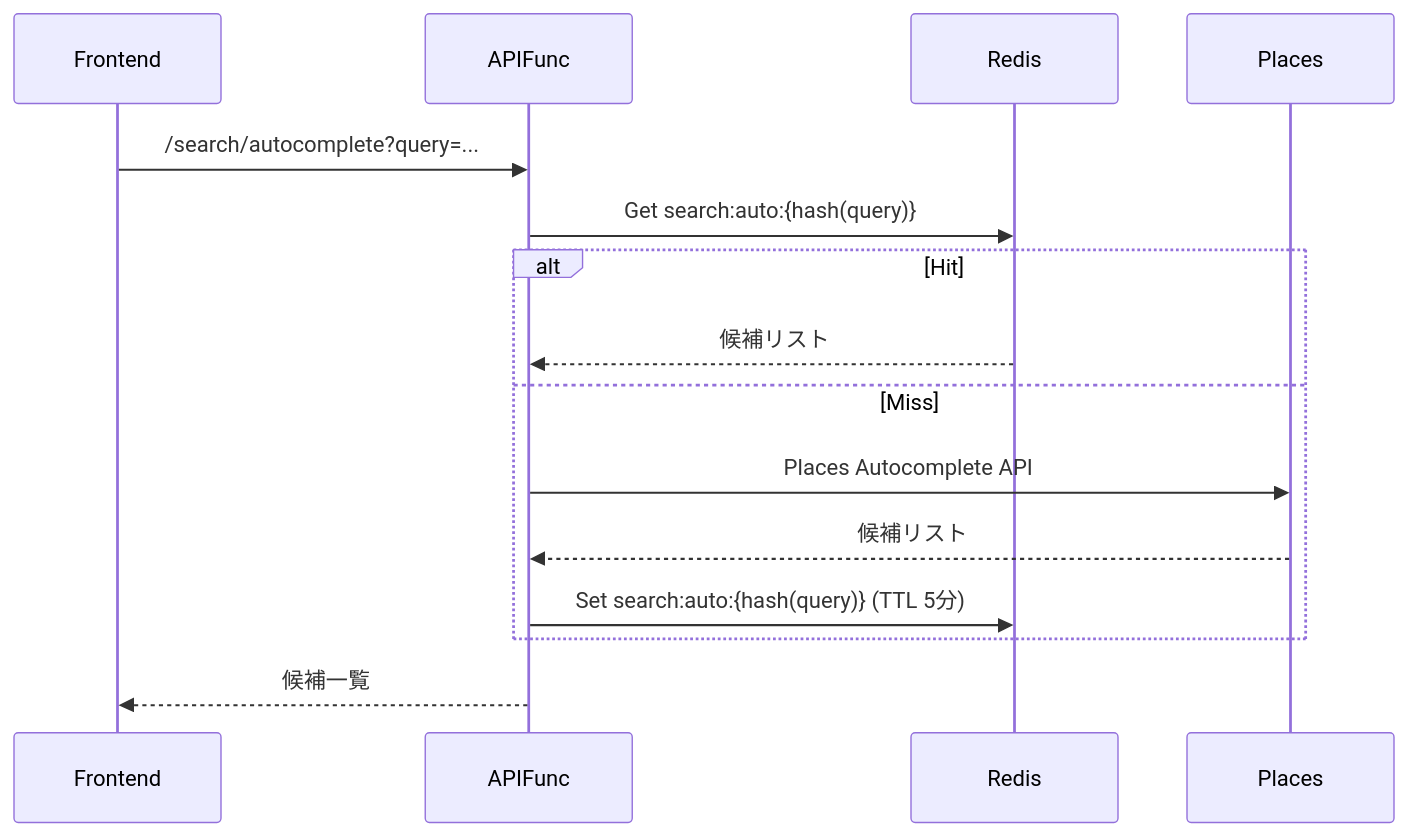
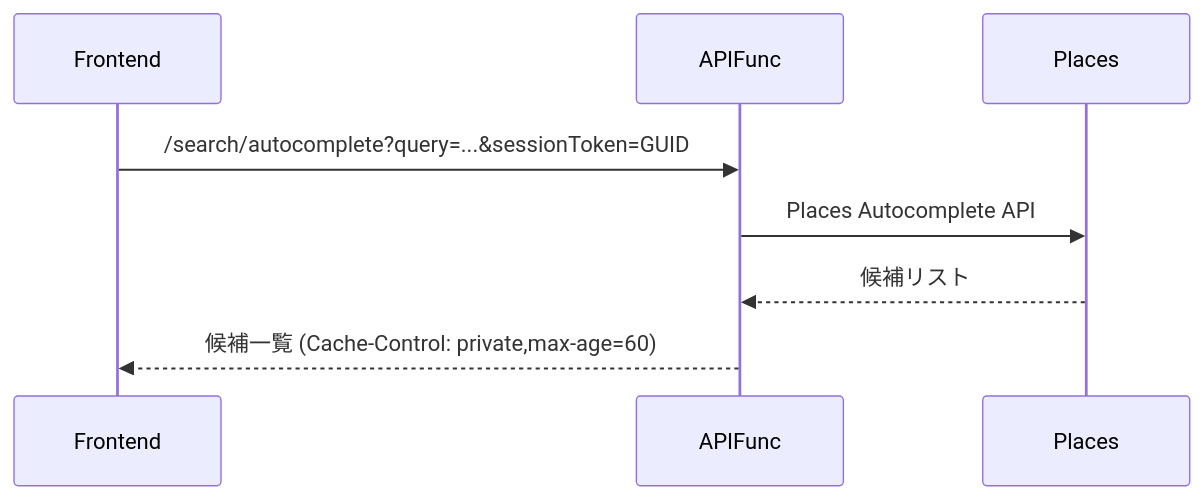
The second of 2 diagrams in docs/blueprint/dataflow/DataFlow_GooglePlaces.md (yusuke-sa/cafe-mapping), drawn with Mermaid before and after one commit. The commit also changed other lines of this file and 13 other files, not shown here.

````diff
--- a/docs/blueprint/dataflow/DataFlow_GooglePlaces.md
+++ b/docs/blueprint/dataflow/DataFlow_GooglePlaces.md
@@ -53,18 +51,11 @@
 ```mermaid
 sequenceDiagram
     participant Frontend
     participant APIFunc
-    participant Redis
     participant Places
 
-    Frontend->>APIFunc: /search/autocomplete?query=...
-    APIFunc->>Redis: Get search:auto:{hash(query)}
-    alt Hit
-        Redis-->>APIFunc: 候補リスト
-    else Miss
-        APIFunc->>Places: Places Autocomplete API
-        Places-->>APIFunc: 候補リスト
-        APIFunc->>Redis: Set search:auto:{hash(query)} (TTL 5分)
-    end
-    APIFunc-->>Frontend: 候補一覧
+    Frontend->>APIFunc: /search/autocomplete?query=...&sessionToken=GUID
+    APIFunc->>Places: Places Autocomplete API
+    Places-->>APIFunc: 候補リスト
+    APIFunc-->>Frontend: 候補一覧 (Cache-Control: private,max-age=60)
 ```
````
